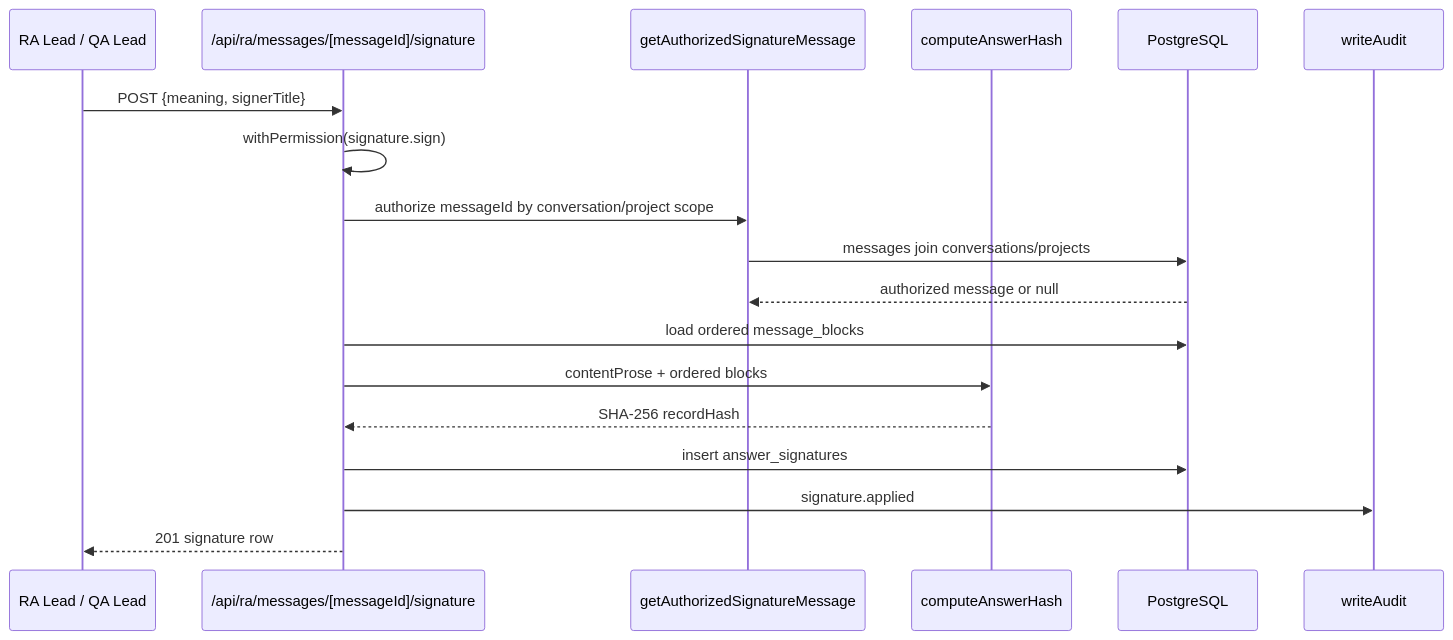
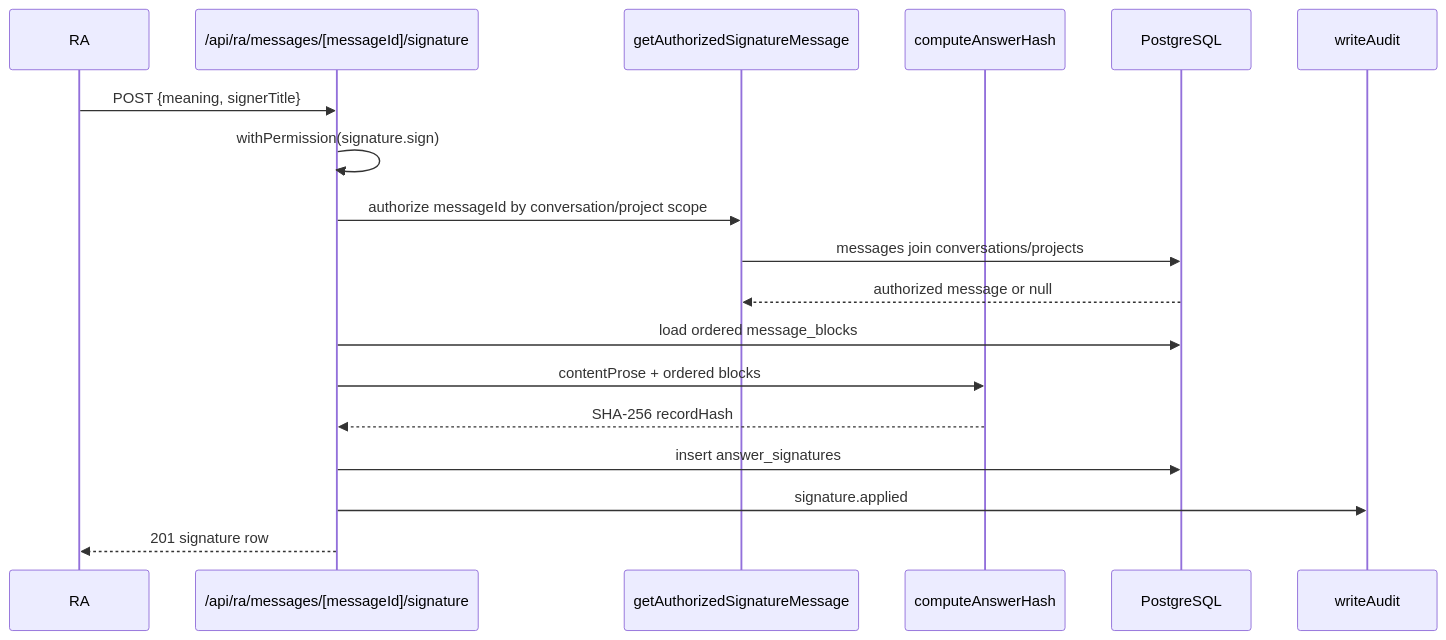
The sixth of 7 diagrams in docs/architecture.md (holee9/ra-med-bot), drawn with Mermaid before and after one commit. The commit also changed other lines of this file and 151 other files, not shown here.

````diff
--- a/docs/architecture.md
+++ b/docs/architecture.md
@@ -327,21 +327,21 @@
 ```mermaid
 sequenceDiagram
-    participant Lead as RA Lead / QA Lead
+    participant Lead as RA
     participant API as /api/ra/messages/[messageId]/signature
     participant Authz as getAuthorizedSignatureMessage
     participant Hash as computeAnswerHash
     participant DB as PostgreSQL
     participant Audit as writeAudit
 
     Lead->>API: POST {meaning, signerTitle}
     API->>API: withPermission(signature.sign)
     API->>Authz: authorize messageId by conversation/project scope
     Authz->>DB: messages join conversations/projects
     DB-->>Authz: authorized message or null
     API->>DB: load ordered message_blocks
     API->>Hash: contentProse + ordered blocks
     Hash-->>API: SHA-256 recordHash
     API->>DB: insert answer_signatures
     API->>Audit: signature.applied
     API-->>Lead: 201 signature row
 ```
````
